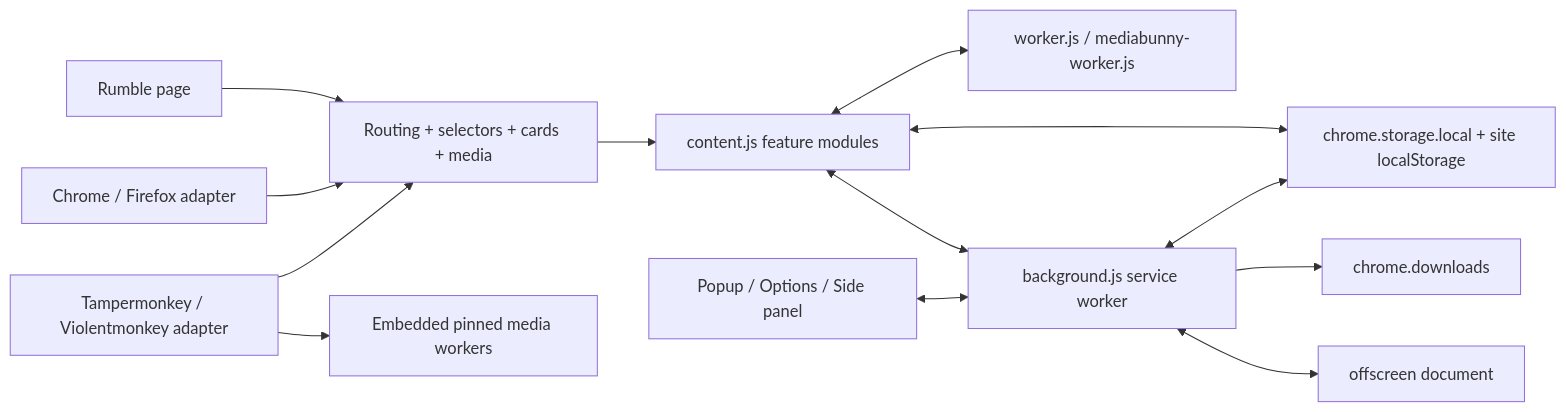
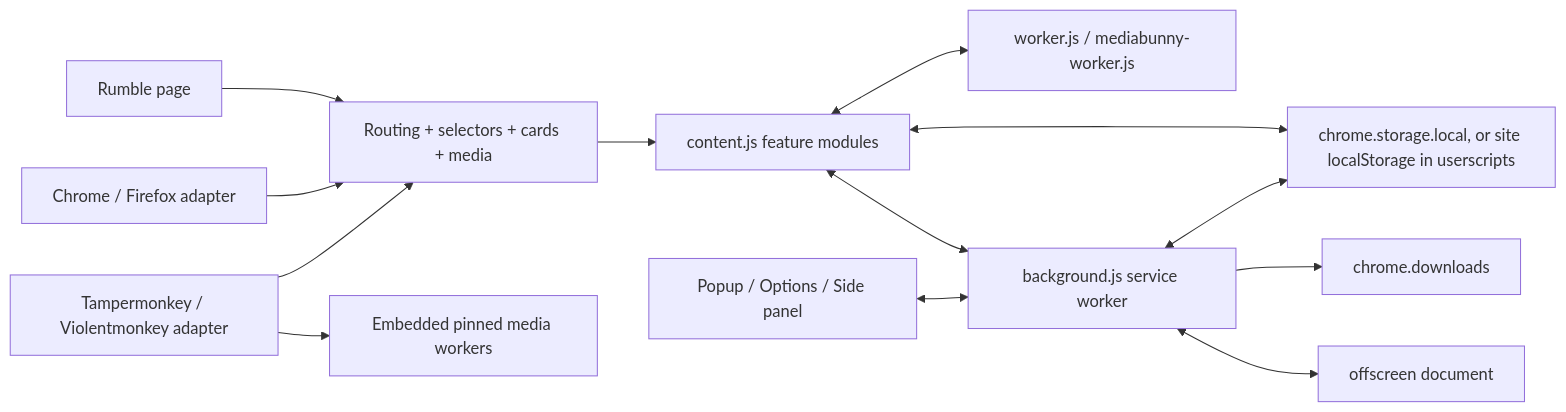
One commit to SysAdminDoc/RumbleX changed the diagram in README.md. Above: the diagram before and after it, drawn with Mermaid. The commit also changed other lines of this file and 8 other files, not shown here.

First line of the commit message:
feat: move activity out of rumble.com localStorage with an atomic migration

````diff
--- a/README.md
+++ b/README.md
@@ -418,15 +418,15 @@
 ```mermaid
 flowchart LR
     Site[Rumble page] --> Core[Routing + selectors + cards + media]
     Extension[Chrome / Firefox adapter] --> Core
     Userscript[Tampermonkey / Violentmonkey adapter] --> Core
     Core --> Content[content.js feature modules]
     Content <--> Worker[worker.js / mediabunny-worker.js]
     Content <--> Background[background.js service worker]
     Popup[Popup / Options / Side panel] <--> Background
-    Content <--> Storage[chrome.storage.local + site localStorage]
+    Content <--> Storage[chrome.storage.local, or site localStorage in userscripts]
     Background <--> Storage
     Background --> Downloads[chrome.downloads]
     Background <--> Offscreen[offscreen document]
     Userscript --> Embedded[Embedded pinned media workers]
 ```
````
